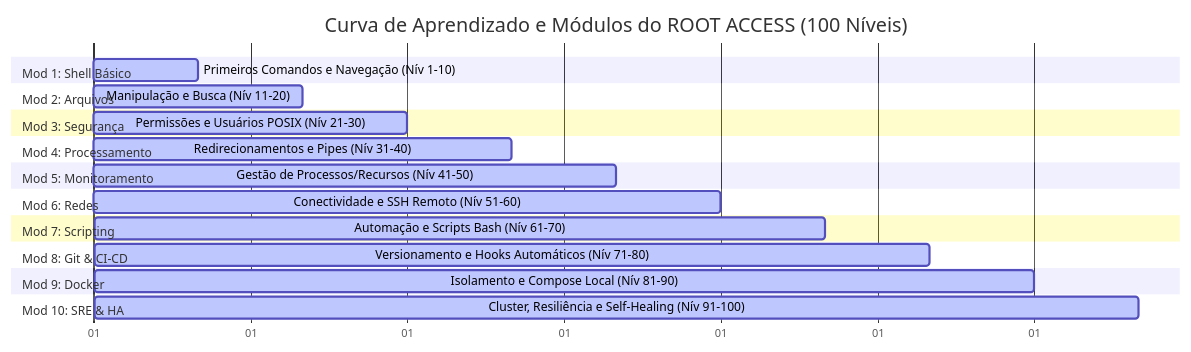
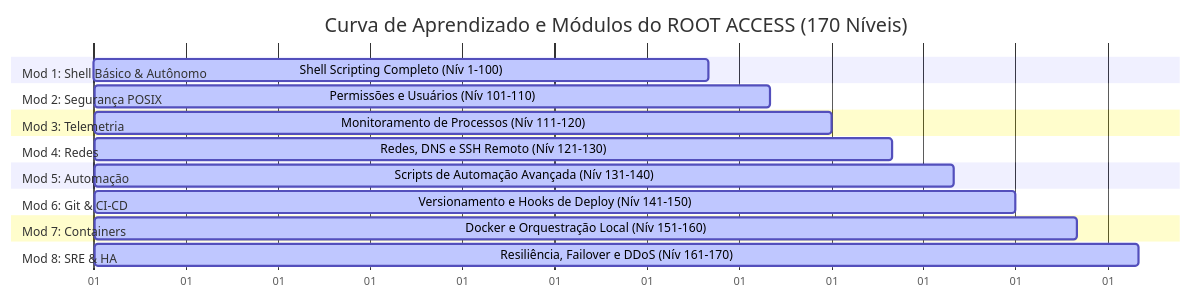
One commit to Tkzito/game-hq-sysadmin changed the second of 2 diagrams in mapa_mental.md. Above: the diagram before and after it, drawn with Mermaid. The commit also changed other lines of this file and 581 other files, not shown here.

Commit message:
Refatoração: migração para estrutura modular e novos módulos de desafio, uso de api de llm na nuvem e llm local

````diff
--- a/mapa_mental.md
+++ b/mapa_mental.md
@@ -36,36 +36,30 @@
 ```mermaid
 gantt
-    title Curva de Aprendizado e Módulos do ROOT ACCESS (100 Níveis)
+    title Curva de Aprendizado e Módulos do ROOT ACCESS (170 Níveis)
     dateFormat  X
     axisFormat %d
     
-    section Mod 1: Shell Básico
-    Primeiros Comandos e Navegação (Nív 1-10) :active, m1, 0, 10
+    section Mod 1: Shell Básico & Autônomo
+    Shell Scripting Completo (Nív 1-100) :active, m1, 0, 100
     
-    section Mod 2: Arquivos
-    Manipulação e Busca (Nív 11-20) :active, m2, 10, 20
+    section Mod 2: Segurança POSIX
+    Permissões e Usuários (Nív 101-110) :active, m2, 100, 110
     
-    section Mod 3: Segurança
-    Permissões e Usuários POSIX (Nív 21-30) :active, m3, 20, 30
+    section Mod 3: Telemetria
+    Monitoramento de Processos (Nív 111-120) :active, m3, 110, 120
     
-    section Mod 4: Processamento
-    Redirecionamentos e Pipes (Nív 31-40) :active, m4, 30, 40
+    section Mod 4: Redes
+    Redes, DNS e SSH Remoto (Nív 121-130) :active, m4, 120, 130
     
-    section Mod 5: Monitoramento
-    Gestão de Processos/Recursos (Nív 41-50) :active, m5, 40, 50
-
-    section Mod 6: Redes
-    Conectividade e SSH Remoto (Nív 51-60) :active, m6, 50, 60
-
-    section Mod 7: Scripting
-    Automação e Scripts Bash (Nív 61-70) :active, m7, 60, 70
-
-    section Mod 8: Git & CI-CD
-    Versionamento e Hooks Automáticos (Nív 71-80) :active, m8, 70, 80
-
-    section Mod 9: Docker
-    Isolamento e Compose Local (Nív 81-90) :active, m9, 80, 90
-
-    section Mod 10: SRE & HA
-    Cluster, Resiliência e Self-Healing (Nív 91-100) :active, m10, 90, 100
+    section Mod 5: Automação
+    Scripts de Automação Avançada (Nív 131-140) :active, m5, 130, 140
+ 
+    section Mod 6: Git & CI-CD
+    Versionamento e Hooks de Deploy (Nív 141-150) :active, m6, 140, 150
+ 
+    section Mod 7: Containers
+    Docker e Orquestração Local (Nív 151-160) :active, m7, 150, 160
+ 
+    section Mod 8: SRE & HA
+    Resiliência, Failover e DDoS (Nív 161-170) :active, m10, 160, 170
 ```
````
